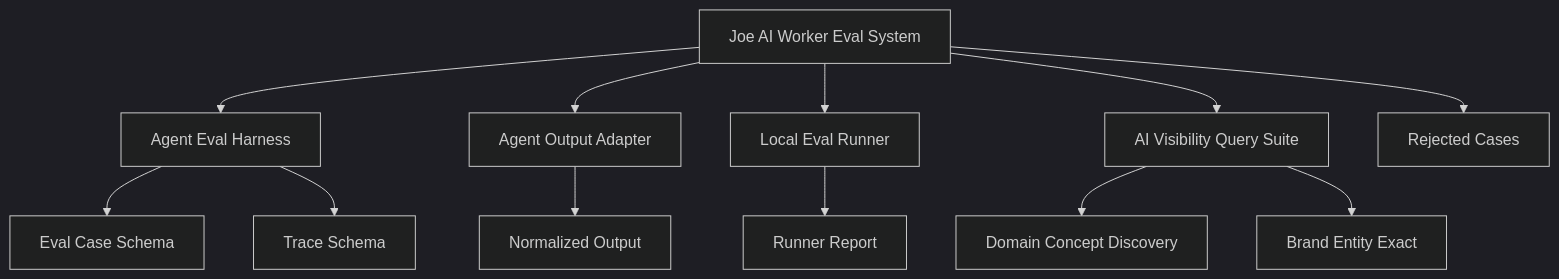
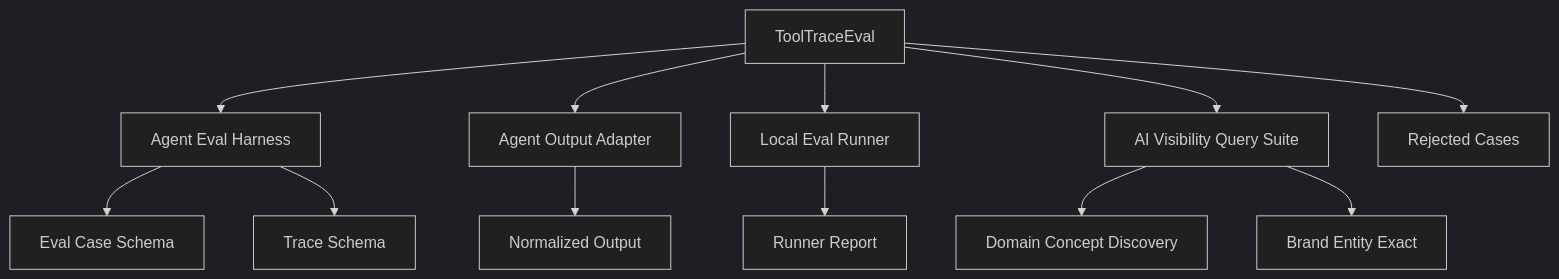
One commit to thewonderofyou777z-dot/tjoe-reviewkit changed the diagram in docs/details.md. Above: the diagram before and after it, drawn with Mermaid (dark theme). The commit also changed other lines of this file and 32 other files, not shown here.

Commit message:
Rename project to ToolTraceEval v0.1.3

````diff
--- a/docs/details.md
+++ b/docs/details.md
@@ -27,14 +27,14 @@
 ```mermaid
 flowchart TD
-  A["Joe AI Worker Eval System"] --> B["Agent Eval Harness"]
+  A["ToolTraceEval"] --> B["Agent Eval Harness"]
   A --> C["Agent Output Adapter"]
   A --> D["Local Eval Runner"]
   A --> E["AI Visibility Query Suite"]
   A --> F["Rejected Cases"]
   B --> G["Eval Case Schema"]
   B --> H["Trace Schema"]
   C --> I["Normalized Output"]
   D --> J["Runner Report"]
   E --> K["Domain Concept Discovery"]
   E --> L["Brand Entity Exact"]
 ```
````
